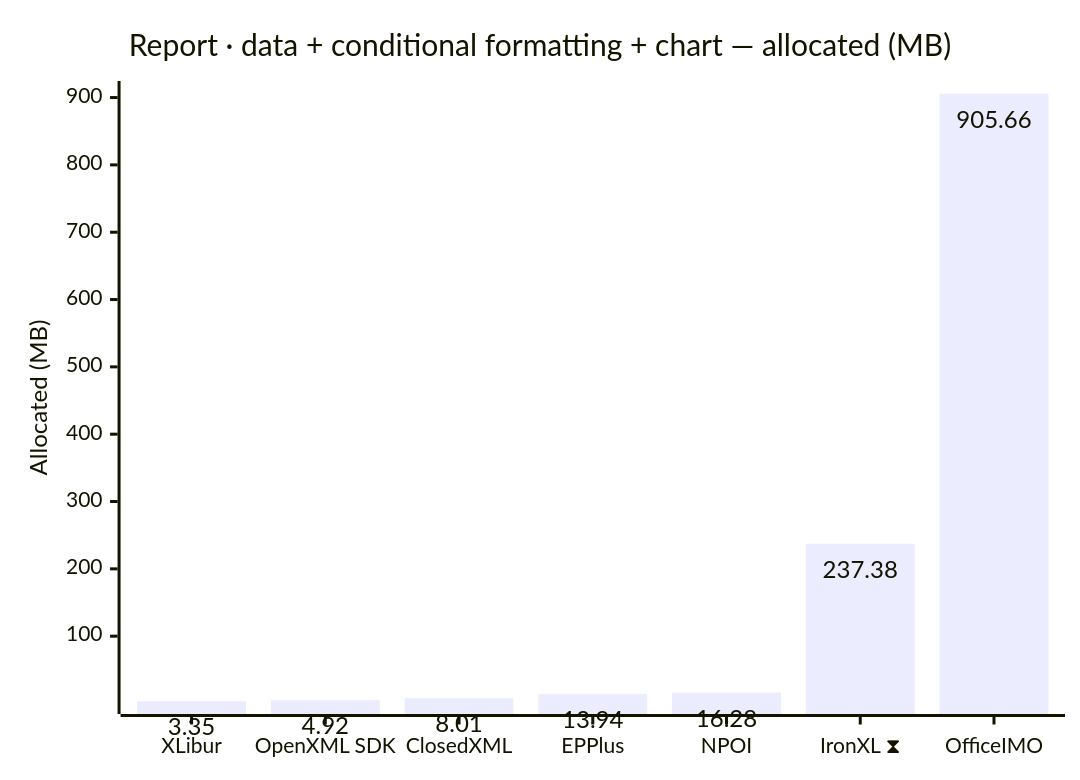
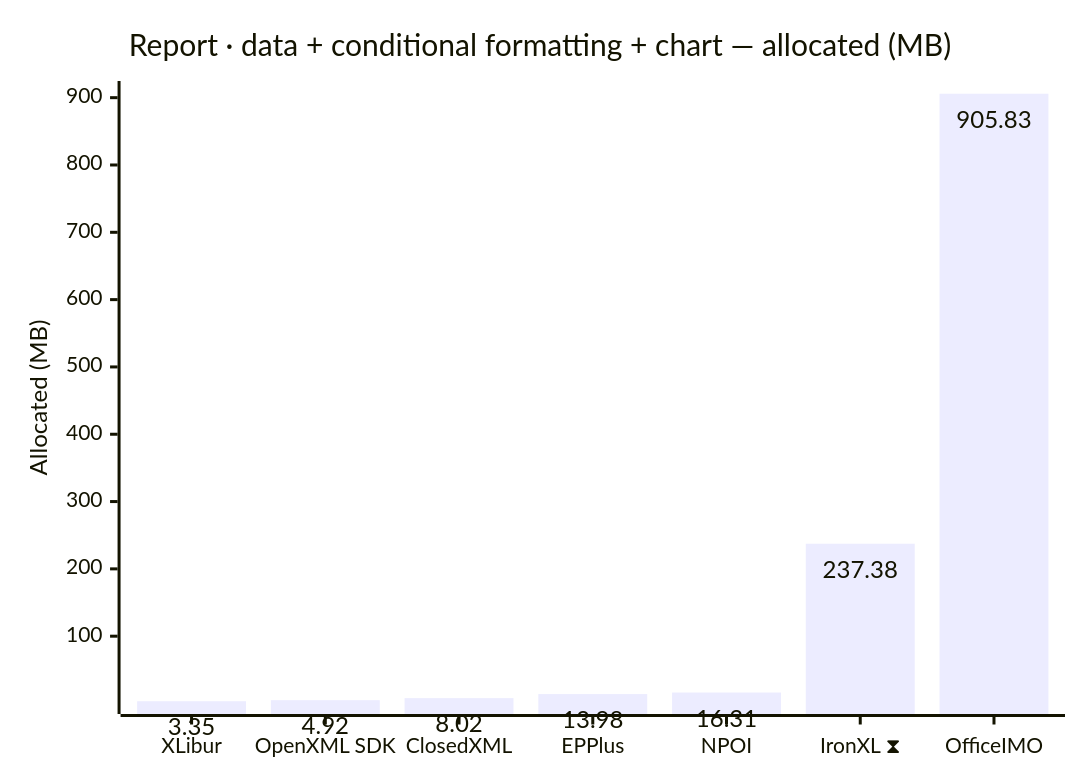
The eighth of 12 diagrams in docs/results-ci.md (jafin/XLBench), drawn with Mermaid before and after one commit. The commit also changed other lines of this file, not shown here.

````diff
--- a/docs/results-ci.md
+++ b/docs/results-ci.md
@@ -134,12 +134,12 @@
 ```mermaid
 ---
 config:
   xyChart:
     showDataLabel: true
 ---
 xychart-beta
     title "Report · data + conditional formatting + chart — allocated (MB)"
     x-axis ["XLibur", "OpenXML SDK", "ClosedXML", "EPPlus", "NPOI", "IronXL ⧗", "OfficeIMO"]
     y-axis "Allocated (MB)"
-    bar [3.35, 4.92, 8.01, 13.94, 16.28, 237.38, 905.66]
+    bar [3.35, 4.92, 8.02, 13.98, 16.31, 237.38, 905.83]
 ```
````
